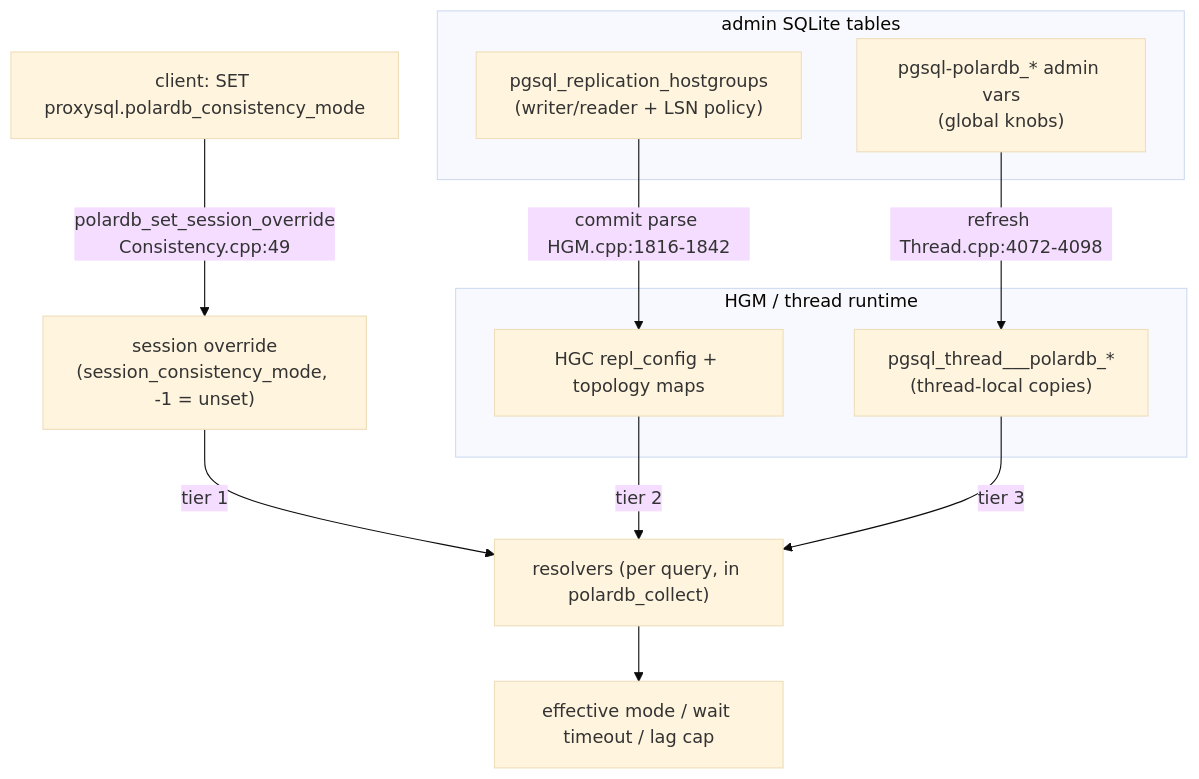
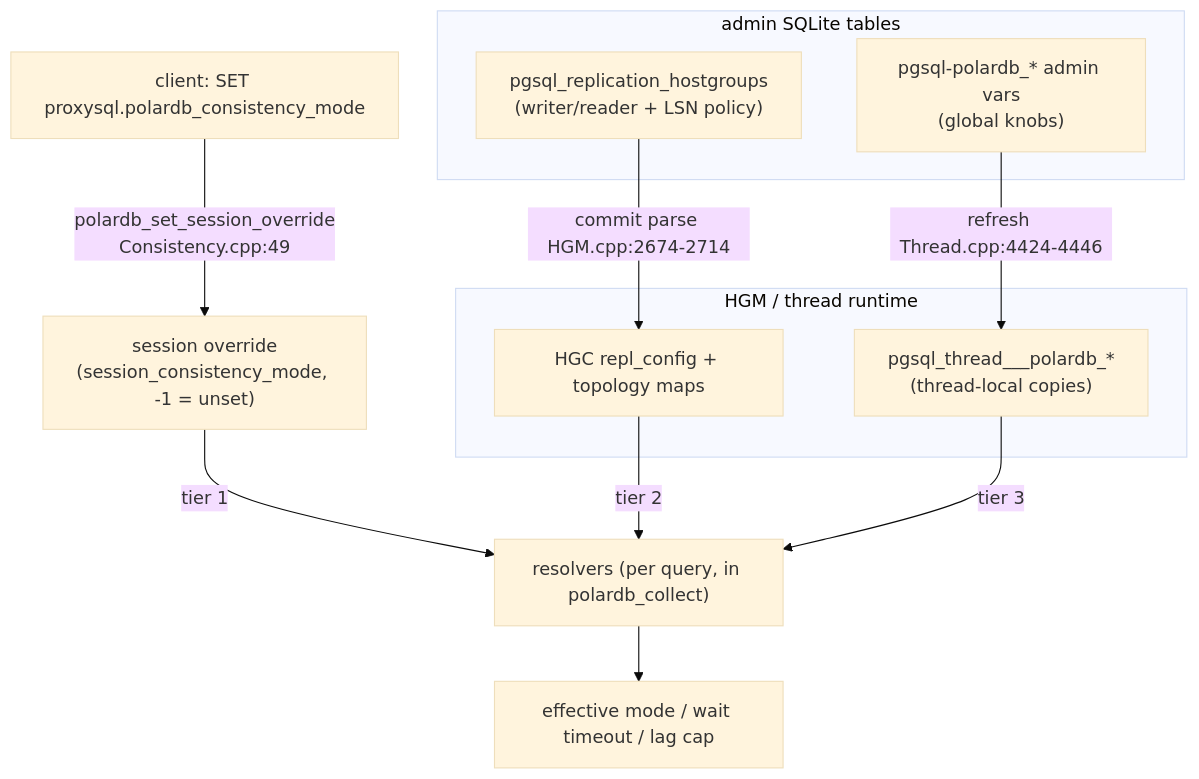
Before and after one commit to awide-labs/polar-proxy: the first of 4 diagrams in doc/polardb-arch/04-ADMIN-SCHEMA-AND-CONFIG.md, drawn with Mermaid (base theme). The commit also changed other lines of this file and 21 other files, not shown here.

````diff
--- a/doc/polardb-arch/04-ADMIN-SCHEMA-AND-CONFIG.md
+++ b/doc/polardb-arch/04-ADMIN-SCHEMA-AND-CONFIG.md
@@ -522,24 +528,24 @@
 ```mermaid
 flowchart TD
     subgraph disk["admin SQLite tables"]
         RHG["pgsql_replication_hostgroups\n(writer/reader + LSN policy)"]
         VARS["pgsql-polardb_* admin vars\n(global knobs)"]
     end
     subgraph runtime["HGM / thread runtime"]
         REPL["HGC repl_config + topology maps"]
         TL["pgsql_thread___polardb_*\n(thread-local copies)"]
     end
     CLIENT["client: SET proxysql.polardb_consistency_mode"]
     SESS["session override\n(session_consistency_mode, -1 = unset)"]
     RES["resolvers (per query, in polardb_collect)"]
     EFF["effective mode / wait timeout / lag cap"]
 
-    RHG -->|commit parse HGM.cpp:1816-1842| REPL
-    VARS -->|refresh Thread.cpp:4072-4098| TL
+    RHG -->|commit parse HGM.cpp:2674-2714| REPL
+    VARS -->|refresh Thread.cpp:4424-4446| TL
     CLIENT -->|polardb_set_session_override\nConsistency.cpp:49| SESS
 
     SESS -->|tier 1| RES
     REPL -->|tier 2| RES
     TL -->|tier 3| RES
     RES --> EFF
 ```
````
